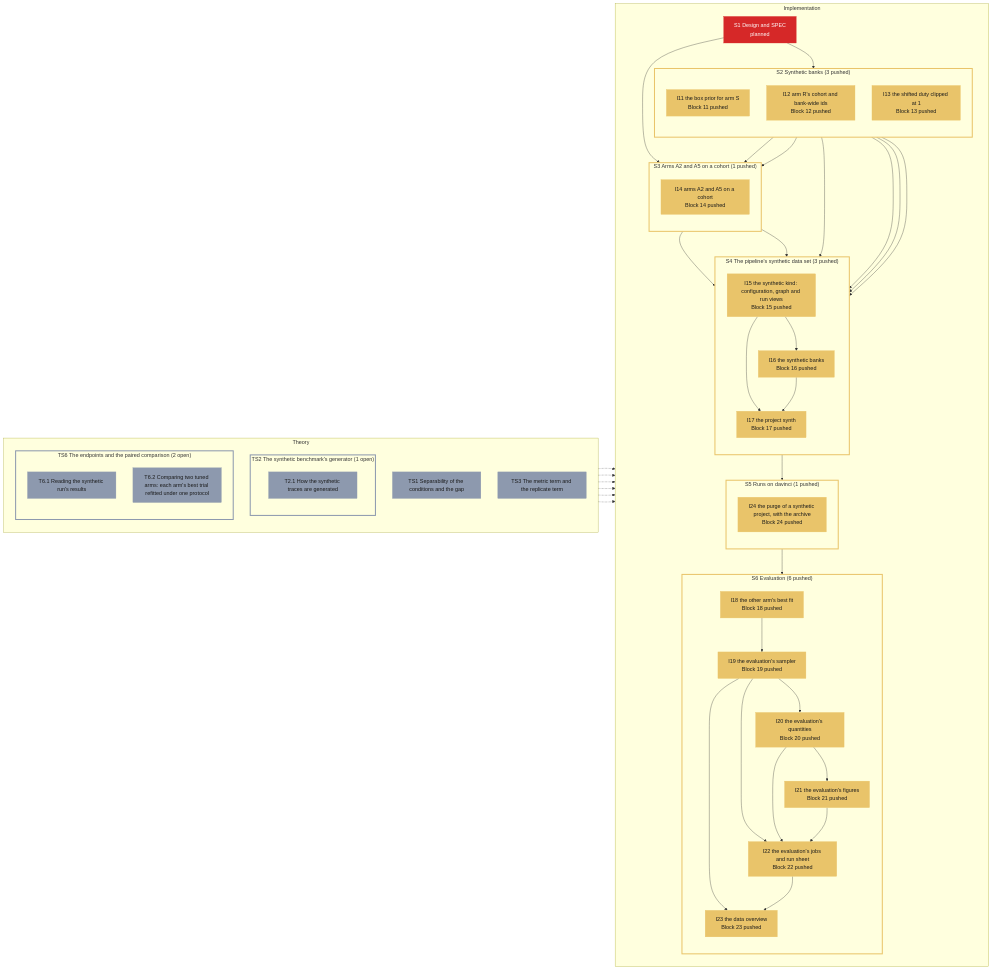
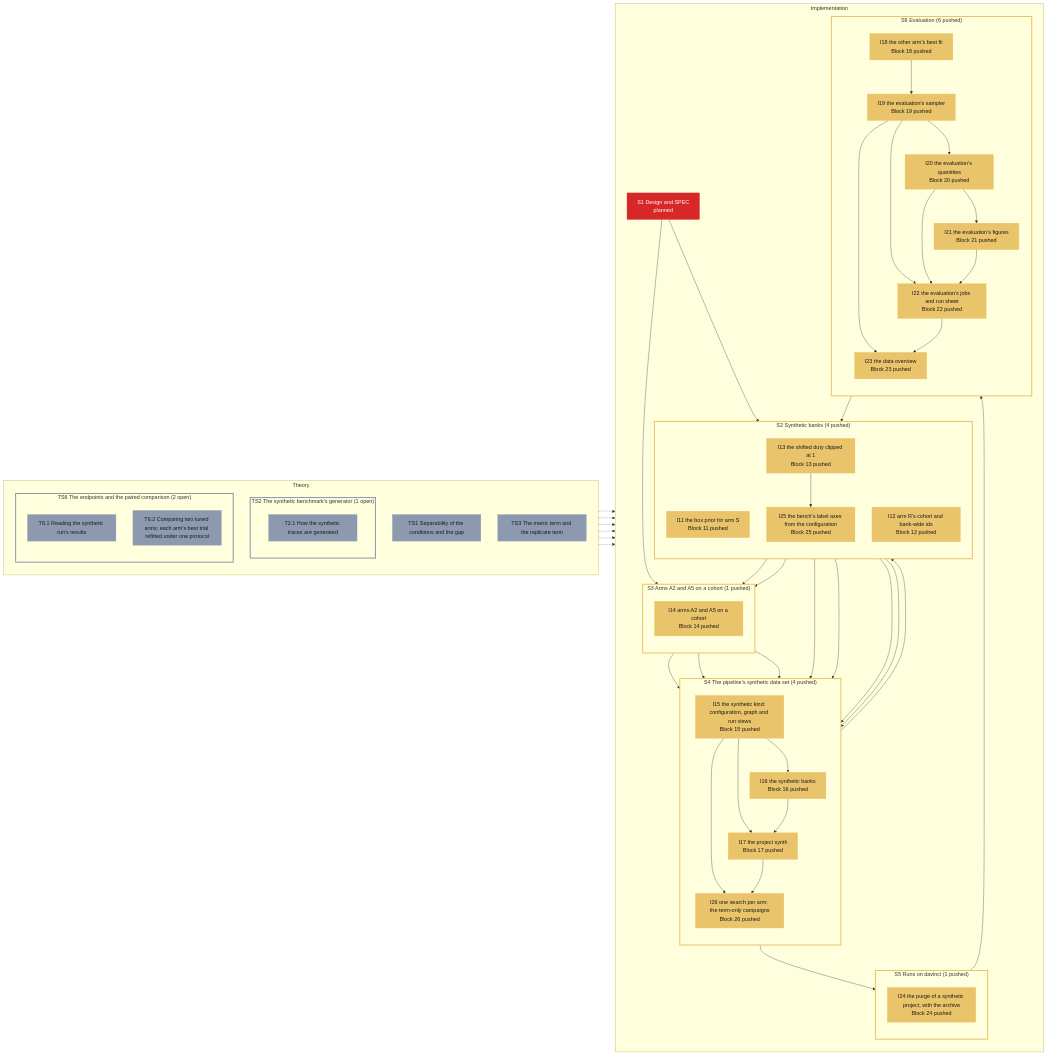
Before and after one commit to Leonardodm00/Simulation-Based-Inference: the diagram in specs/roadmap/synth.md, drawn with Mermaid. The commit also changed other lines of this file and 1 other file, not shown here.

First line of the commit message:
roadmap: synth I25 (block 25, the label axes, under S2) and I26 (block 26, the term-only campaigns, under S4) added (D-132)

```diff
--- a/specs/roadmap/synth.md
+++ b/specs/roadmap/synth.md
@@ -33,21 +33,23 @@
     subgraph impl["Implementation"]
         direction TB
         S1["S1 Design and SPEC<br/>planned"]:::planned
-        subgraph grp_S2["S2 Synthetic banks (3 pushed)"]
+        subgraph grp_S2["S2 Synthetic banks (4 pushed)"]
             direction TB
             I11["I11 the box prior for arm S<br/>Block 11 pushed"]:::pushed
             I12["I12 arm R's cohort and bank-wide ids<br/>Block 12 pushed"]:::pushed
             I13["I13 the shifted duty clipped at 1<br/>Block 13 pushed"]:::pushed
+            I25["I25 the bench's label axes from the configuration<br/>Block 25 pushed"]:::pushed
         end
         subgraph grp_S3["S3 Arms A2 and A5 on a cohort (1 pushed)"]
             direction TB
             I14["I14 arms A2 and A5 on a cohort<br/>Block 14 pushed"]:::pushed
         end
-        subgraph grp_S4["S4 The pipeline's synthetic data set (3 pushed)"]
+        subgraph grp_S4["S4 The pipeline's synthetic data set (4 pushed)"]
             direction TB
             I15["I15 the synthetic kind: configuration, graph and run views<br/>Block 15 pushed"]:::pushed
             I16["I16 the synthetic banks<br/>Block 16 pushed"]:::pushed
             I17["I17 the project synth<br/>Block 17 pushed"]:::pushed
+            I26["I26 one search per arm: the term-only campaigns<br/>Block 26 pushed"]:::pushed
         end
         subgraph grp_S5["S5 Runs on davinci (1 pushed)"]
             direction TB
@@ -85,6 +87,12 @@
         I21 --> I22
         I19 --> I23
         I22 --> I23
+        I13 --> I25
+        I16 --> I25
+        I19 --> I25
+        I14 --> I26
+        I15 --> I26
+        I17 --> I26
     end
     TS1 -.-> S1
     grp_TS2 -.-> grp_S2
```
